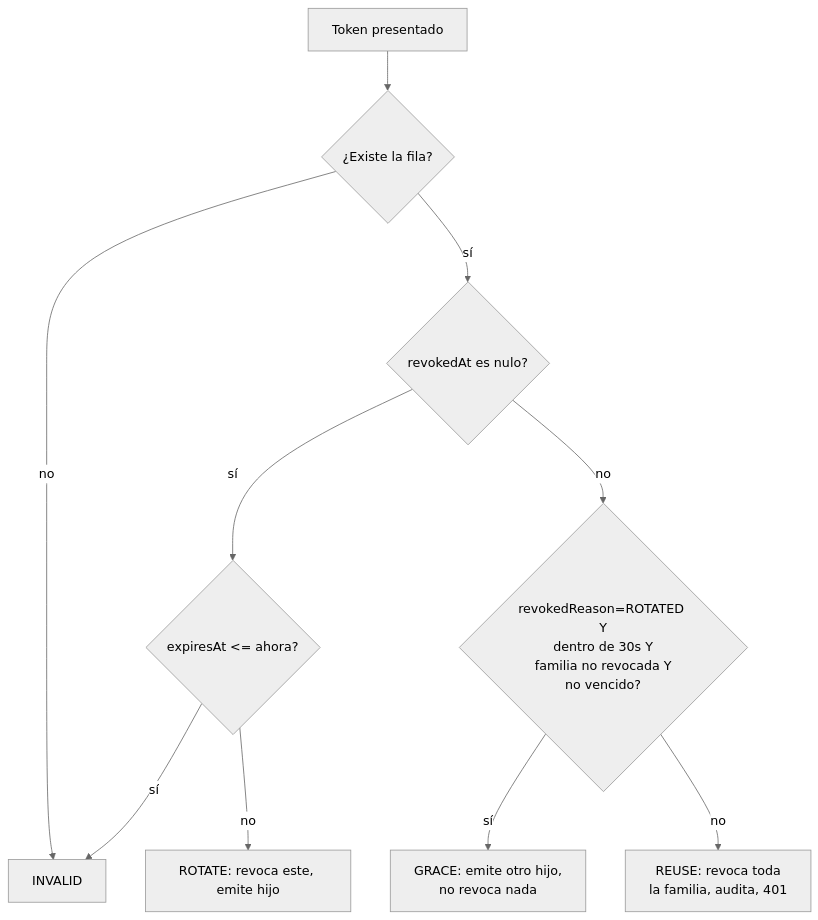
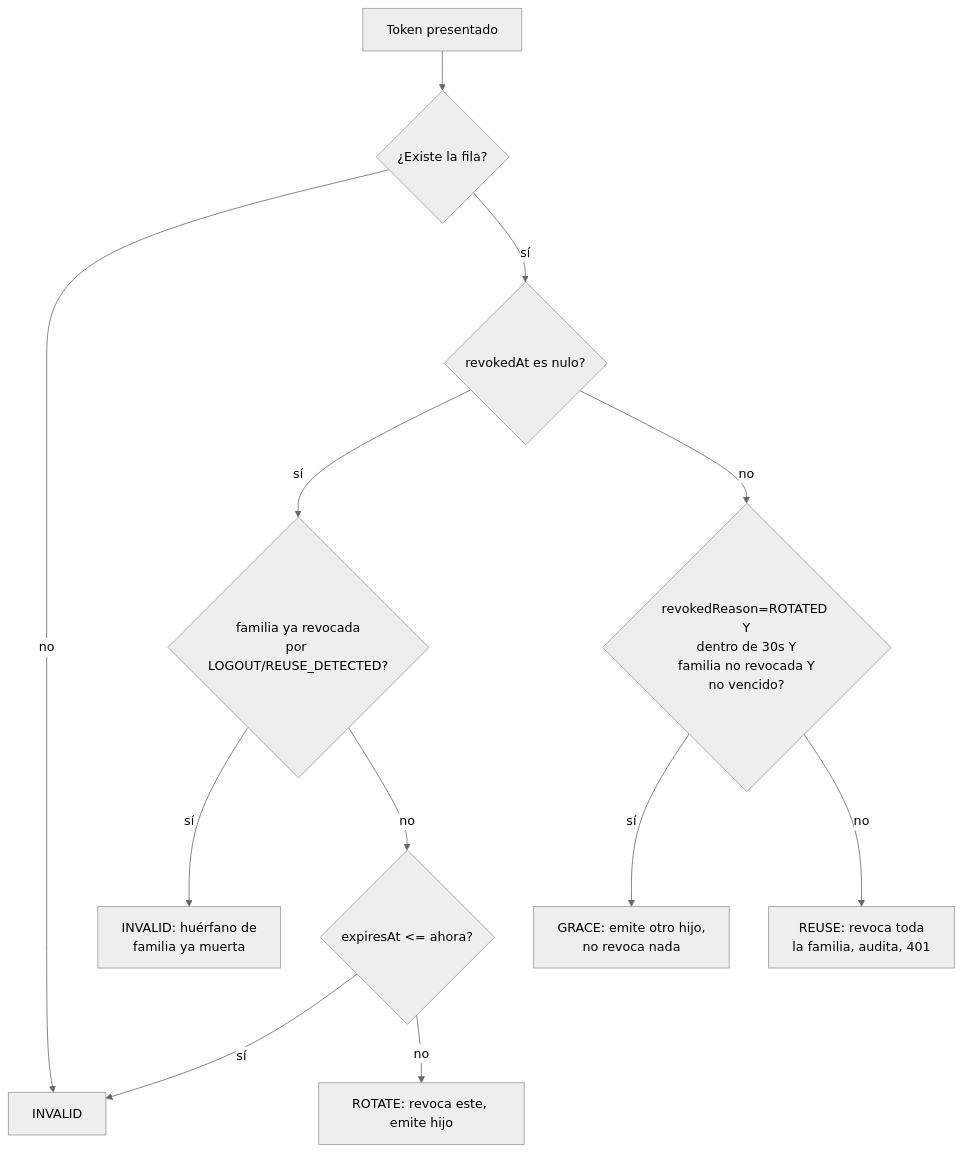
The diagram in docs/backend/auth.md (AlfredoNavarroDev/FreeCell), drawn with Mermaid (neutral theme) before and after one commit. The commit also changed other lines of this file and 32 other files, not shown here.

````diff
--- a/docs/backend/auth.md
+++ b/docs/backend/auth.md
@@ -44,12 +46,14 @@
 ```mermaid
 flowchart TD
   A[Token presentado] --> B{¿Existe la fila?}
   B -- no --> INVALID
   B -- sí --> C{revokedAt es nulo?}
-  C -- sí --> D{expiresAt <= ahora?}
+  C -- sí --> C2{familia ya revocada\npor LOGOUT/REUSE_DETECTED?}
+  C2 -- sí --> INVALID2[INVALID: huérfano de\nfamilia ya muerta]
+  C2 -- no --> D{expiresAt <= ahora?}
   D -- sí --> INVALID
   D -- no --> ROTATE[ROTATE: revoca este, emite hijo]
   C -- no --> E{revokedReason=ROTATED Y\ndentro de 30s Y\nfamilia no revocada Y\nno vencido?}
   E -- sí --> GRACE[GRACE: emite otro hijo,\nno revoca nada]
   E -- no --> REUSE[REUSE: revoca toda\nla familia, audita, 401]
 ```
````
